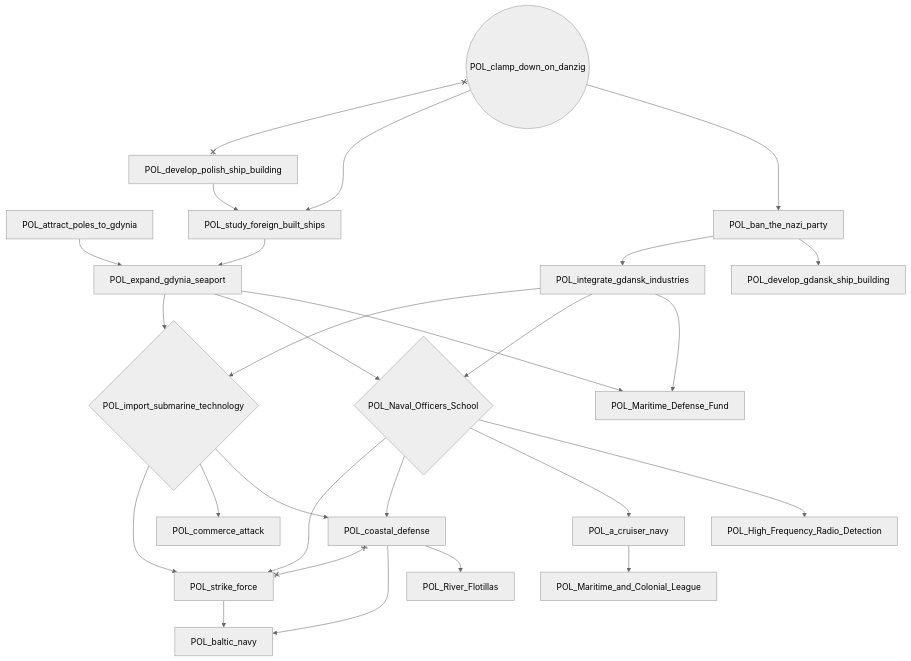
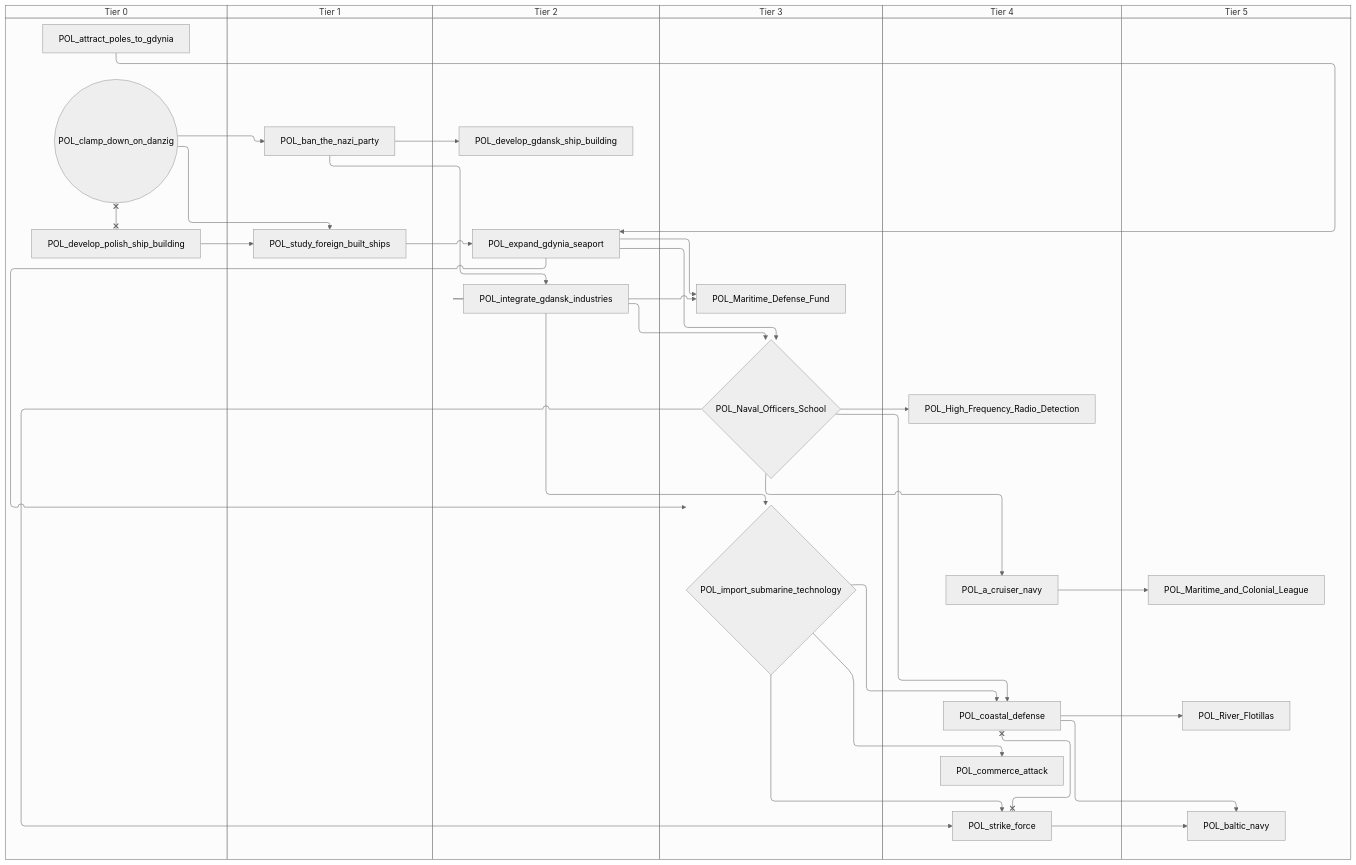
One commit to evgeny-sobol/hoi4-sandbox-mode-r56 changed the second of 10 diagrams in docs/gdd/National Focuses/poland.md. Above: the diagram before and after it, drawn with Mermaid (neutral theme). The commit also changed other lines of this file and 423 other files, not shown here.

First line of the commit message:
Re-export Rt56 focus trees as swimlane diagrams

````diff
--- a/docs/gdd/National Focuses/poland.md
+++ b/docs/gdd/National Focuses/poland.md
@@ -187,48 +209,60 @@
 ```mermaid
-flowchart TD
-    n69["POL_High_Frequency_Radio_Detection"]
-    n70["POL_Maritime_Defense_Fund"]
-    n71["POL_Maritime_and_Colonial_League"]
-    n72{"POL_Naval_Officers_School"}
-    n73["POL_River_Flotillas"]
-    n74["POL_a_cruiser_navy"]
-    n75["POL_attract_poles_to_gdynia"]
-    n76["POL_baltic_navy"]
-    n77["POL_ban_the_nazi_party"]
-    n78(("POL_clamp_down_on_danzig"))
-    n79["POL_coastal_defense"]
-    n80["POL_commerce_attack"]
-    n81["POL_develop_gdansk_ship_building"]
-    n82["POL_develop_polish_ship_building"]
-    n83["POL_expand_gdynia_seaport"]
-    n84{"POL_import_submarine_technology"}
-    n85["POL_integrate_gdansk_industries"]
-    n86["POL_strike_force"]
-    n87["POL_study_foreign_built_ships"]
-    n72 --> n69
-    n85 --> n70
-    n83 --> n70
-    n74 --> n71
-    n85 --> n72
-    n83 --> n72
-    n79 --> n73
+swimlane-beta TD
+    subgraph tier_0["Tier 0"]
+        n69["POL_attract_poles_to_gdynia"]
+        n70(("POL_clamp_down_on_danzig"))
+        n71["POL_develop_polish_ship_building"]
+    end
+    subgraph tier_1["Tier 1"]
+        n72["POL_ban_the_nazi_party"]
+        n73["POL_study_foreign_built_ships"]
+    end
+    subgraph tier_2["Tier 2"]
+        n74["POL_develop_gdansk_ship_building"]
+        n75["POL_expand_gdynia_seaport"]
+        n76["POL_integrate_gdansk_industries"]
+    end
+    subgraph tier_3["Tier 3"]
+        n77["POL_Maritime_Defense_Fund"]
+        n78{"POL_Naval_Officers_School"}
+        n79{"POL_import_submarine_technology"}
+    end
+    subgraph tier_4["Tier 4"]
+        n80["POL_High_Frequency_Radio_Detection"]
+        n81["POL_a_cruiser_navy"]
+        n82["POL_coastal_defense"]
+        n83["POL_commerce_attack"]
+        n84["POL_strike_force"]
+    end
+    subgraph tier_5["Tier 5"]
+        n85["POL_Maritime_and_Colonial_League"]
+        n86["POL_River_Flotillas"]
+        n87["POL_baltic_navy"]
+    end
+    n78 --> n80
+    n76 --> n77
+    n75 --> n77
+    n81 --> n85
+    n76 --> n78
+    n75 --> n78
+    n82 --> n86
+    n78 --> n81
+    n84 --> n87
+    n82 --> n87
+    n70 --> n72
+    n78 --> n82
+    n79 --> n82
+    n79 --> n83
     n72 --> n74
-    n86 --> n76
-    n79 --> n76
-    n78 --> n77
-    n72 --> n79
-    n84 --> n79
-    n84 --> n80
-    n77 --> n81
-    n75 --> n83
-    n87 --> n83
-    n85 --> n84
-    n83 --> n84
-    n77 --> n85
-    n72 --> n86
-    n84 --> n86
-    n82 --> n87
-    n78 --> n87
-    n78 x--x n82
-    n79 x--x n86
+    n69 --> n75
+    n73 --> n75
+    n76 --> n79
+    n75 --> n79
+    n72 --> n76
+    n78 --> n84
+    n79 --> n84
+    n71 --> n73
+    n70 --> n73
+    n70 x--x n71
+    n82 x--x n84
 ```
````
